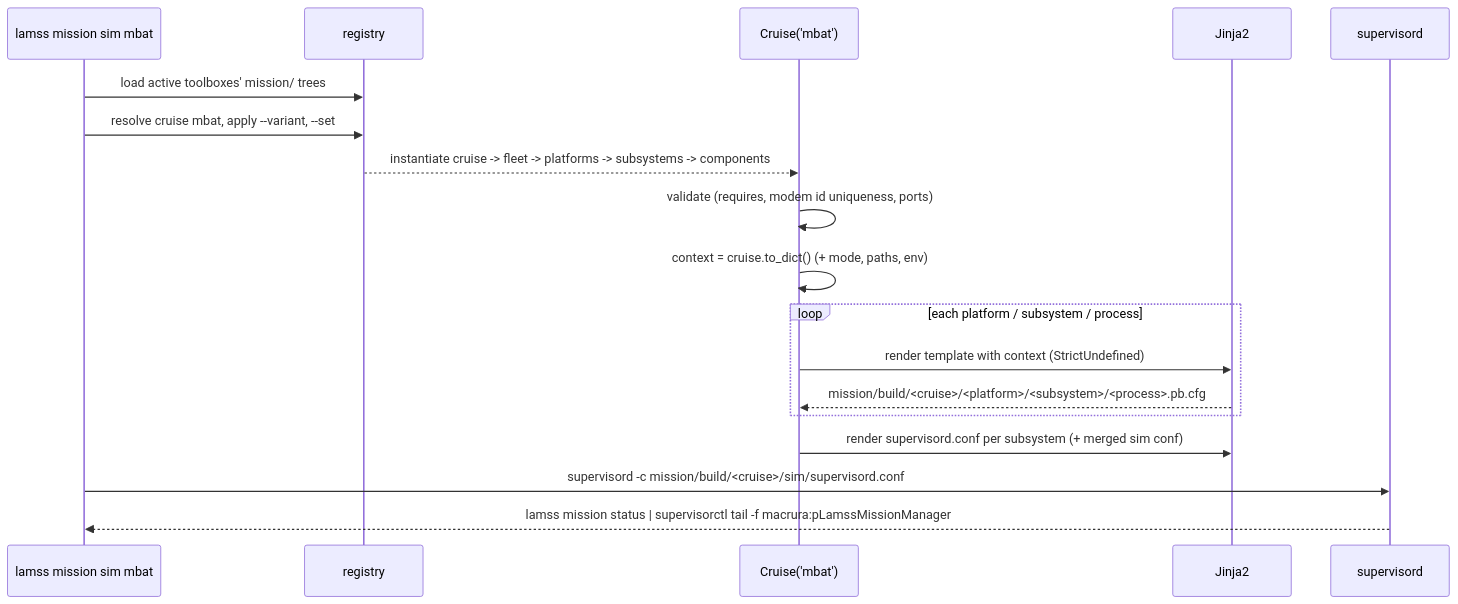
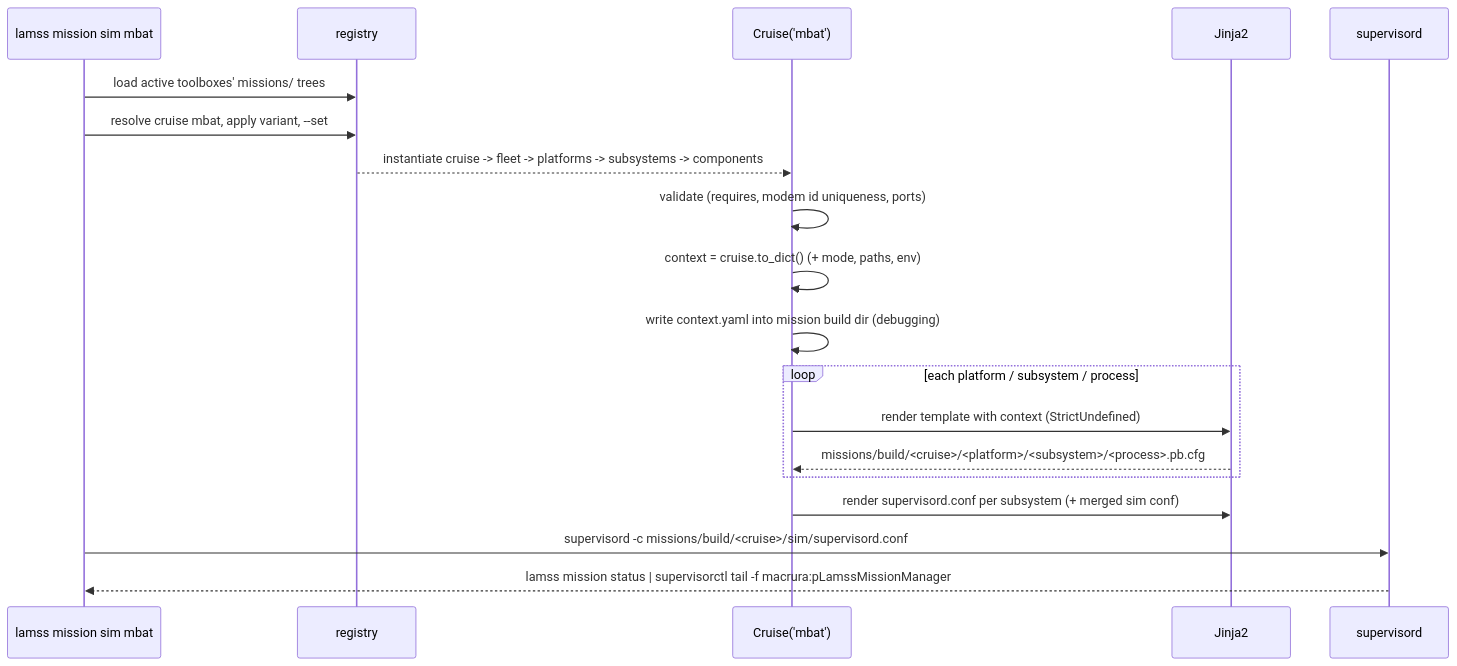
One commit to GobySoft/lamss3 changed the second of 3 diagrams in core/src/doc/plan/claude/06-missions-framework.md. Above: the diagram before and after it, drawn with Mermaid. The commit also changed other lines of this file and 11 other files, not shown here.

````diff
--- a/core/src/doc/plan/claude/06-missions-framework.md
+++ b/core/src/doc/plan/claude/06-missions-framework.md
@@ -168,20 +165,21 @@
 ```mermaid
 sequenceDiagram
   participant CLI as lamss mission sim mbat
   participant R as registry
   participant C as Cruise('mbat')
   participant J as Jinja2
   participant S as supervisord
-  CLI->>R: load active toolboxes' mission/ trees
-  CLI->>R: resolve cruise mbat, apply --variant, --set
+  CLI->>R: load active toolboxes' missions/ trees
+  CLI->>R: resolve cruise mbat, apply variant, --set
   R-->>C: instantiate cruise -> fleet -> platforms -> subsystems -> components
   C->>C: validate (requires, modem id uniqueness, ports)
   C->>C: context = cruise.to_dict() (+ mode, paths, env)
+  C->>C: write context.yaml into mission build dir (debugging)
   loop each platform / subsystem / process
     C->>J: render template with context (StrictUndefined)
-    J-->>C: mission/build/<cruise>/<platform>/<subsystem>/<process>.pb.cfg
+    J-->>C: missions/build/<cruise>/<platform>/<subsystem>/<process>.pb.cfg
   end
   C->>J: render supervisord.conf per subsystem (+ merged sim conf)
-  CLI->>S: supervisord -c mission/build/<cruise>/sim/supervisord.conf
+  CLI->>S: supervisord -c missions/build/<cruise>/sim/supervisord.conf
   S-->>CLI: lamss mission status | supervisorctl tail -f macrura:pLamssMissionManager
 ```
````
